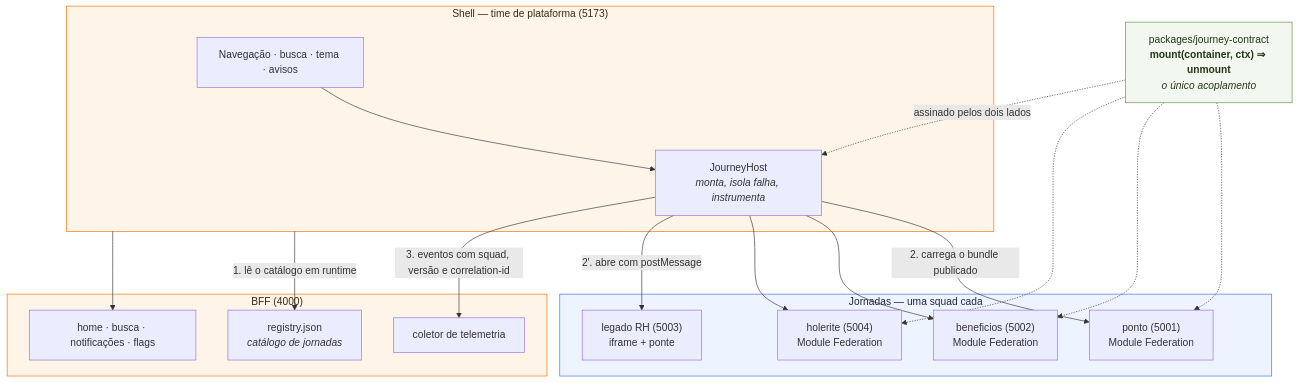
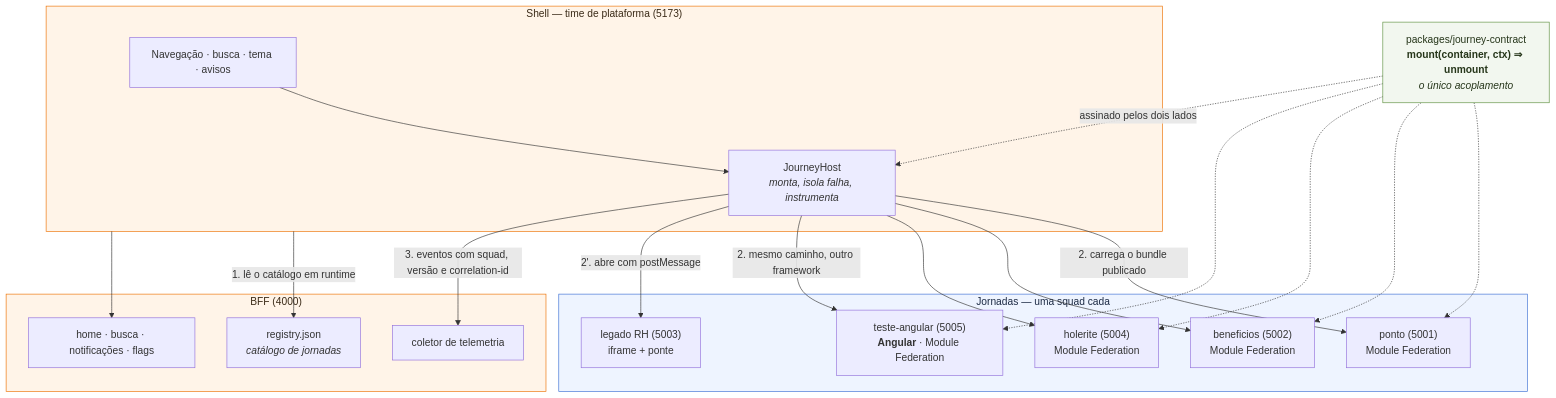
Before and after one commit to LeticiaLCavalcanti/portal-pessoas: the diagram in README.md, drawn with Mermaid. The commit also changed other lines of this file and 24 other files, not shown here.

First line of the commit message:
feat: add support for a second framework (Angular) in the portal

````diff
--- a/README.md
+++ b/README.md
@@ -88,42 +92,45 @@
 ```mermaid
 flowchart TB
     subgraph host["Shell — time de plataforma (5173)"]
         nav["Navegação · busca · tema · avisos"]
         jh["JourneyHost<br/><i>monta, isola falha, instrumenta</i>"]
         nav --> jh
     end
 
     subgraph bff["BFF (4000)"]
         reg["registry.json<br/><i>catálogo de jornadas</i>"]
         agg["home · busca · notificações · flags"]
         tel["coletor de telemetria"]
     end
 
     subgraph squads["Jornadas — uma squad cada"]
         p["ponto (5001)<br/>Module Federation"]
         b["beneficios (5002)<br/>Module Federation"]
         h["holerite (5004)<br/>Module Federation"]
+        a["teste-angular (5005)<br/><b>Angular</b> · Module Federation"]
         l["legado RH (5003)<br/>iframe + ponte"]
     end
 
     contract["packages/journey-contract<br/><b>mount(container, ctx) ⇒ unmount</b><br/><i>o único acoplamento</i>"]
 
     host -->|"1. lê o catálogo em runtime"| reg
     host --> agg
     jh -->|"2. carrega o bundle publicado"| p
     jh --> b
     jh --> h
+    jh -->|"2. mesmo caminho, outro framework"| a
     jh -->|"2'. abre com postMessage"| l
     contract -.->|"assinado pelos dois lados"| jh
     contract -.-> p
     contract -.-> b
     contract -.-> h
+    contract -.-> a
     jh -->|"3. eventos com squad, versão e correlation-id"| tel
 
     classDef plat fill:#fff4e8,stroke:#ec7000,color:#3a2a17
     classDef squad fill:#eef4ff,stroke:#3b6fd4,color:#1c2a44
     classDef pact fill:#f2f7ef,stroke:#5f9040,color:#26361a
     class host,bff plat
     class squads squad
     class contract pact
 ```
````
